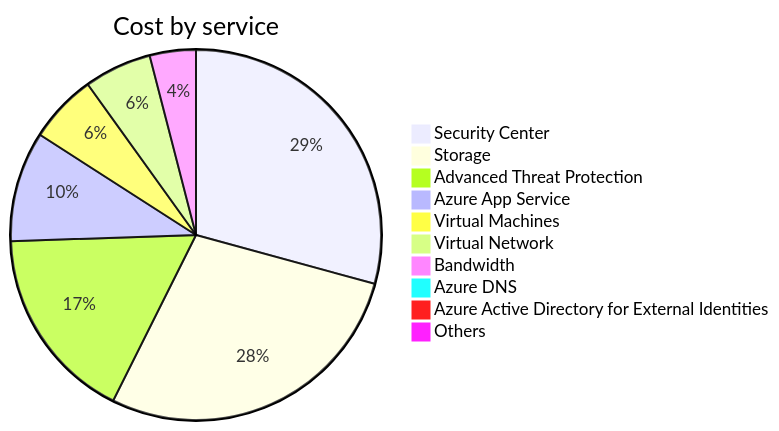
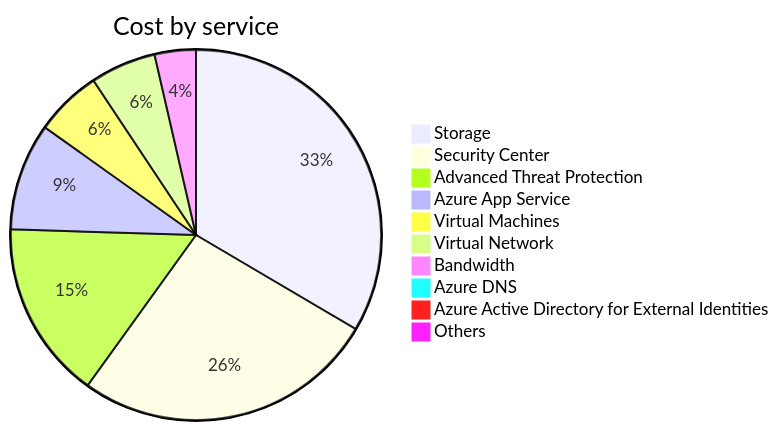
Before and after one commit to jpfulton/azure-personal-reports: the second of 4 diagrams in cost-reports/accumulated-cost.md, drawn with Mermaid. The commit also changed other lines of this file and 2 other files, not shown here.

````diff
--- a/cost-reports/accumulated-cost.md
+++ b/cost-reports/accumulated-cost.md
@@ -102,14 +102,14 @@
 ```mermaid
 pie
    title Cost by service
-   "Security Center" : 19.56
-   "Storage" : 18.81
-   "Advanced Threat Protection" : 11.43
-   "Azure App Service" : 6.43
-   "Virtual Machines" : 4.01
-   "Virtual Network" : 3.94
+   "Storage" : 25.01
+   "Security Center" : 19.78
+   "Advanced Threat Protection" : 11.62
+   "Azure App Service" : 7.00
+   "Virtual Machines" : 4.35
+   "Virtual Network" : 4.28
    "Bandwidth" : 2.69
-   "Azure DNS" : 0.53
+   "Azure DNS" : 0.58
    "Azure Active Directory for External Identities" : 0.00
    "Others" : 0.00
 ```
````
